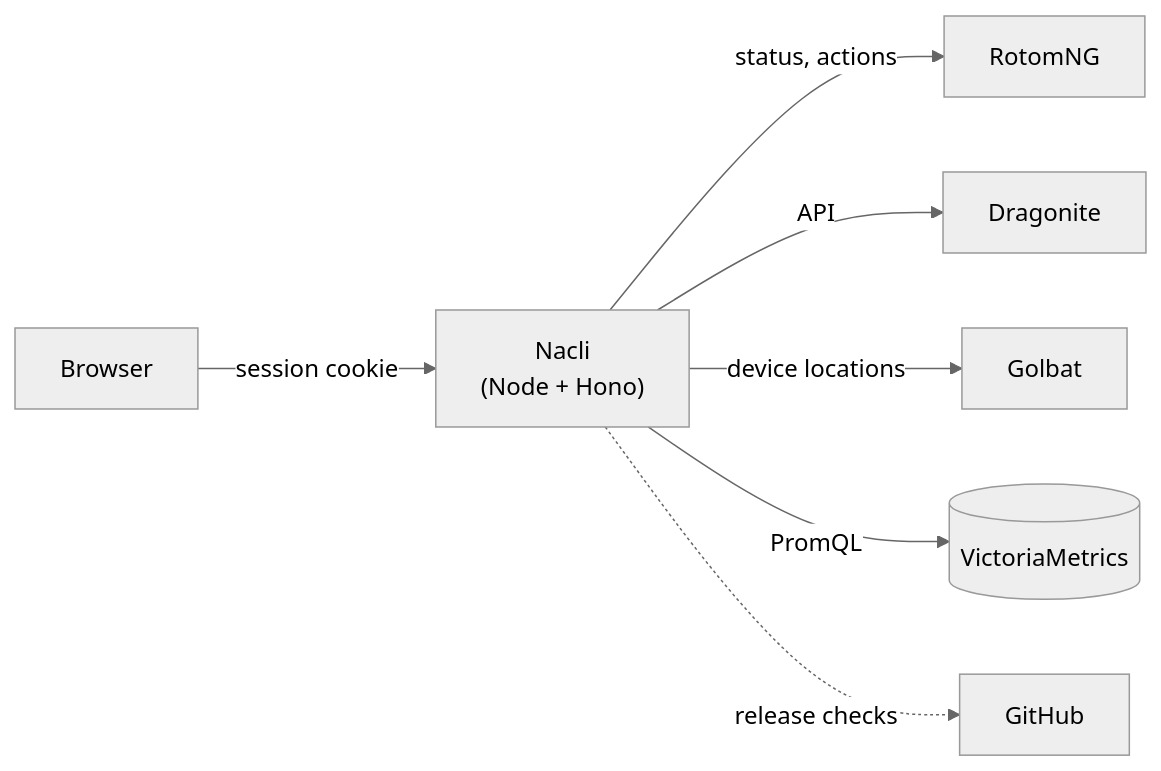
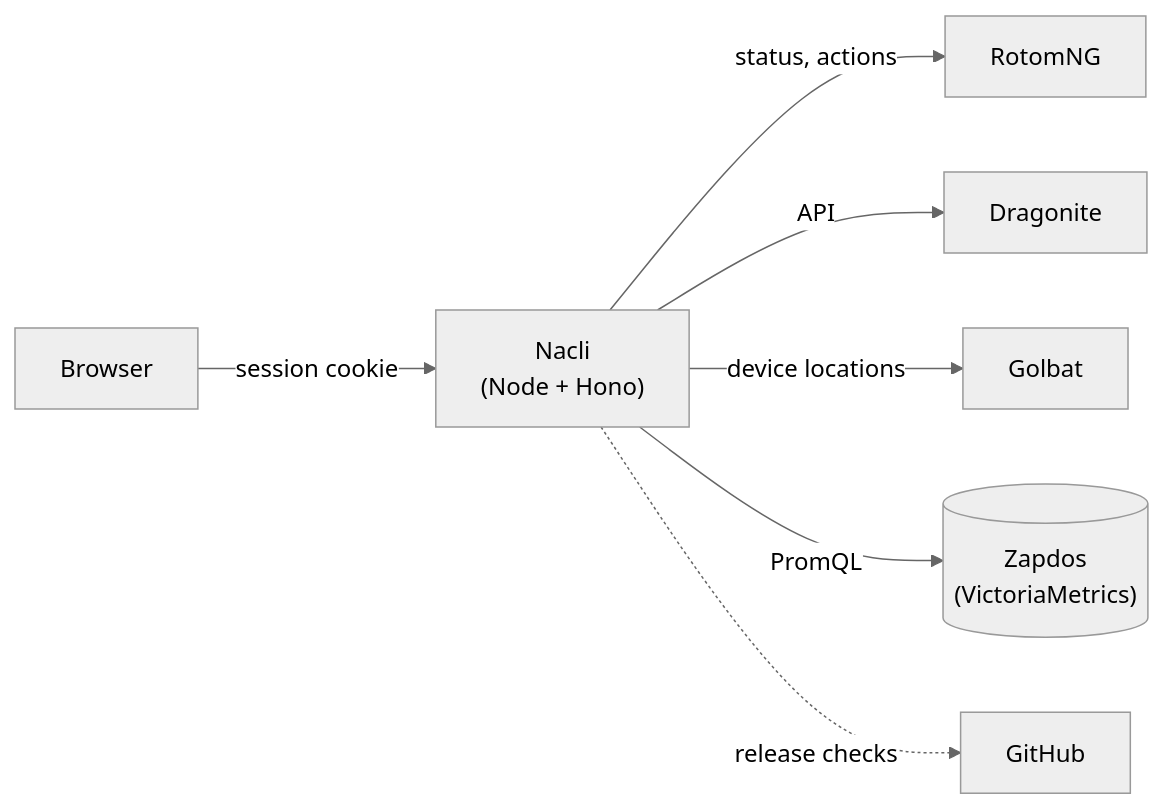
Before and after one commit to prof-miles0/nacli: the diagram in README.md, drawn with Mermaid (neutral theme). The commit also changed other lines of this file and 39 other files, not shown here.

First line of the commit message:
Rename VictoriaMetrics to Zapdos and polish areas, status and stacks

````diff
--- a/README.md
+++ b/README.md
@@ -237,9 +249,9 @@
 ```mermaid
 flowchart LR
     B["Browser"] -- "session cookie" --> N["Nacli<br/>(Node + Hono)"]
     N -- "status, actions" --> R["RotomNG"]
     N -- "API" --> D["Dragonite"]
     N -- "device locations" --> G["Golbat"]
-    N -- "PromQL" --> V[("VictoriaMetrics")]
+    N -- "PromQL" --> V[("Zapdos<br/>(VictoriaMetrics)")]
     N -. "release checks" .-> GH["GitHub"]
 ```
````
